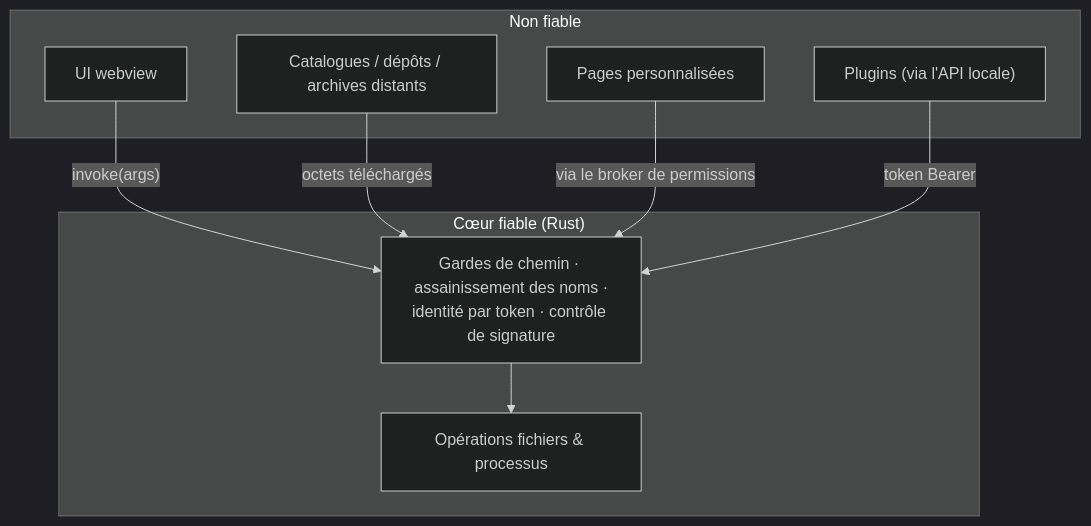
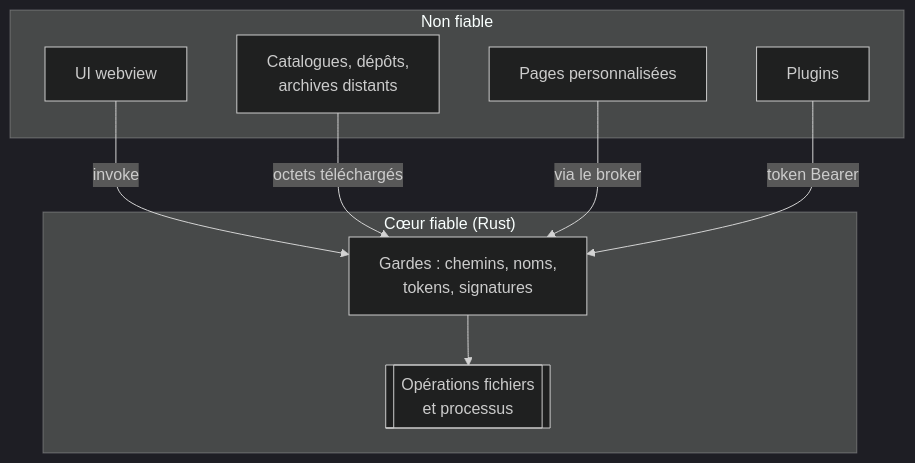
The first of 3 diagrams in frontend/assets/docs/fr/how-it-works/security.md (FreeProject089/BetterModsManager), drawn with Mermaid (dark theme) before and after one commit. The commit also changed other lines of this file and 176 other files, not shown here.

````diff
--- a/frontend/assets/docs/fr/how-it-works/security.md
+++ b/frontend/assets/docs/fr/how-it-works/security.md
@@ -14,18 +14,18 @@
 ```mermaid
-flowchart TB
-    subgraph Untrusted["Non fiable"]
+flowchart TD
+    subgraph UNTRUSTED["Non fiable"]
         WV["UI webview"]
-        NET["Catalogues / dépôts / archives distants"]
+        NET["Catalogues, dépôts,<br/>archives distants"]
         PAGE["Pages personnalisées"]
-        PLUG["Plugins (via l'API locale)"]
+        PLUG["Plugins"]
     end
-    subgraph Trusted["Cœur fiable (Rust)"]
-        GUARD["Gardes de chemin · assainissement des noms ·<br/>identité par token · contrôle de signature"]
-        CORE["Opérations fichiers &amp; processus"]
+    subgraph TRUSTED["Cœur fiable (Rust)"]
+        GUARD["Gardes : chemins, noms,<br/>tokens, signatures"]
+        CORE[["Opérations fichiers<br/>et processus"]]
     end
-    WV -- "invoke(args)" --> GUARD
+    WV -- "invoke" --> GUARD
     NET -- "octets téléchargés" --> GUARD
-    PAGE -- "via le broker de permissions" --> GUARD
+    PAGE -- "via le broker" --> GUARD
     PLUG -- "token Bearer" --> GUARD
     GUARD --> CORE
 ```
````
